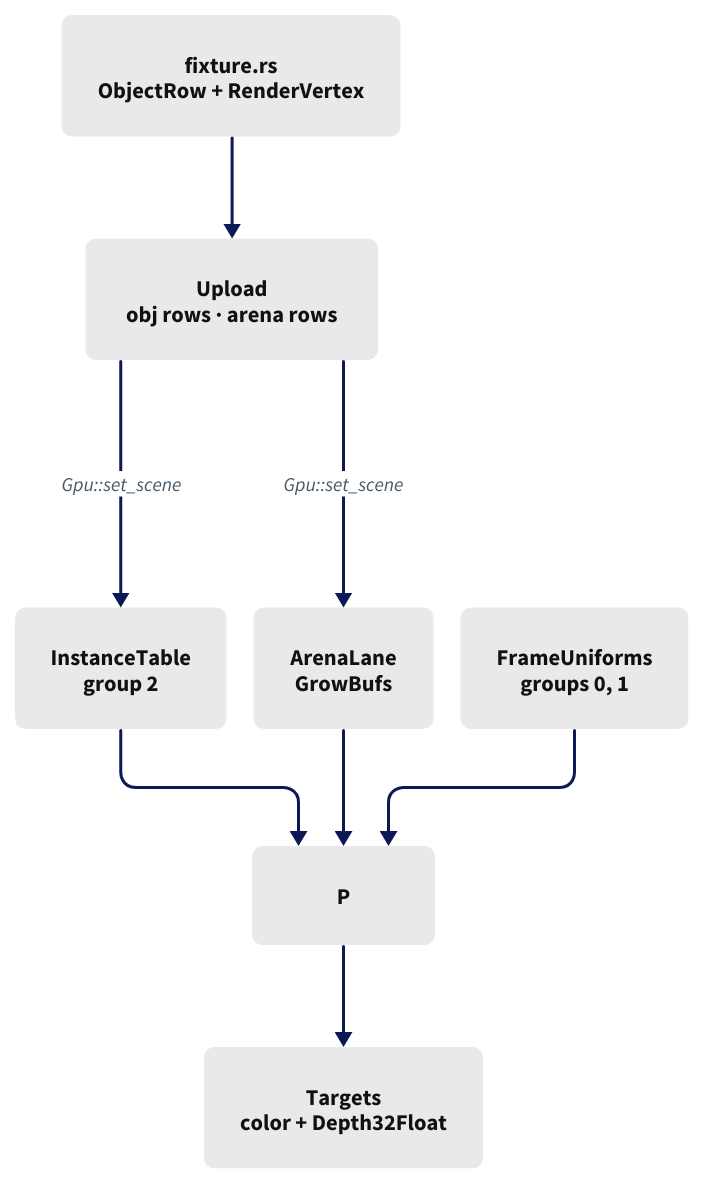
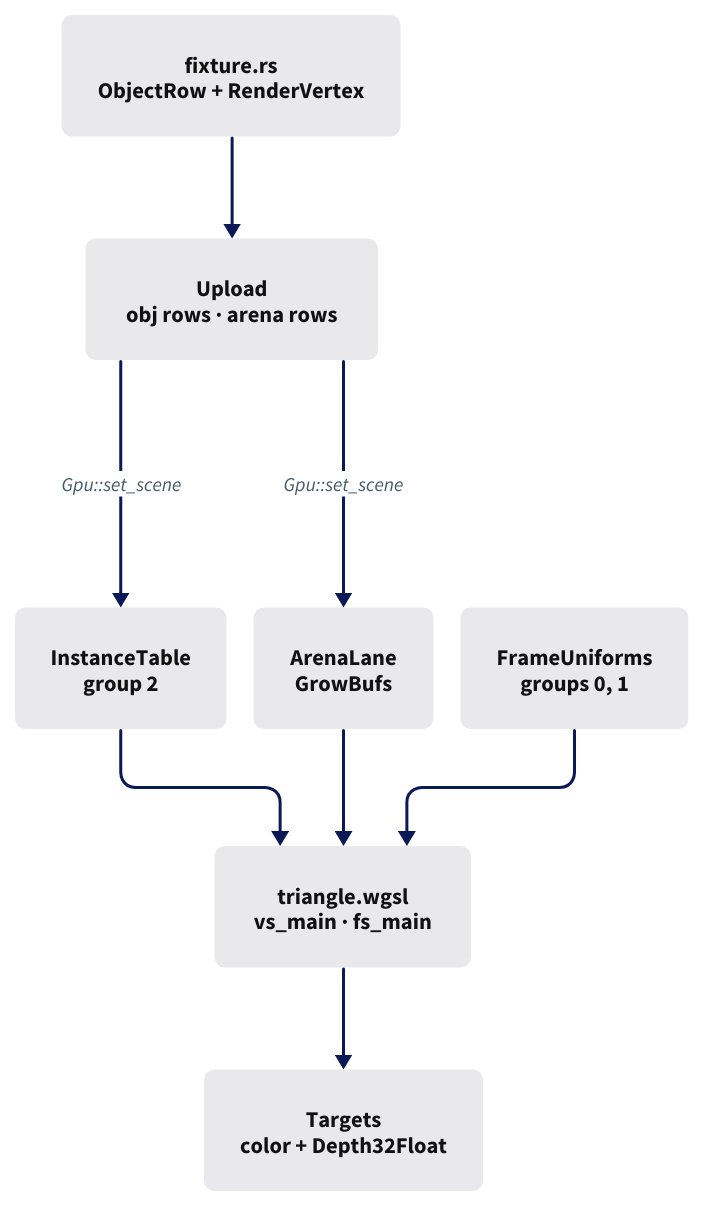
The diagram in session_viewer/docs/diagrams/04a-01.d2 (petrasvestartas/session), drawn with D2 before and after one commit. The commit also changed 55 other files, not shown here.

```diff
--- a/session_viewer/docs/diagrams/04a-01.d2
+++ b/session_viewer/docs/diagrams/04a-01.d2
@@ -1,23 +1,23 @@
 vars: { d2-config: { layout-engine: elk; pad: 20; theme-id: 0 } }
 style: { fill: "#ffffff" }
 classes: {
   box:   { style: { fill: "#e9e9ec"; stroke: "#e9e9ec"; border-radius: 6; font-size: 15; font-color: "#111111" } }
   focus: { style: { fill: "#fa9ebc"; stroke: "#fa9ebc"; border-radius: 6; font-size: 15; font-color: "#111111" } }
 }
 direction: down
 
 F: "fixture.rs\nObjectRow + RenderVertex" { class: box }
 U: "Upload\nobj rows · arena rows" { class: box }
 T: "InstanceTable\ngroup 2" { class: box }
 A: "ArenaLane\nGrowBufs" { class: box }
 FR: "FrameUniforms\ngroups 0, 1" { class: box }
-P: "P" { class: box }
+P: "triangle.wgsl\nvs_main · fs_main" { class: box }
 TG: "Targets\ncolor + Depth32Float" { class: box }
 
 F -> U { style: { stroke: "#0b1957"; stroke-width: 2; font-size: 13; font-color: "#455b6b" } }
 U -> T: "Gpu::set_scene" { style: { stroke: "#0b1957"; stroke-width: 2; font-size: 13; font-color: "#455b6b" } }
 U -> A: "Gpu::set_scene" { style: { stroke: "#0b1957"; stroke-width: 2; font-size: 13; font-color: "#455b6b" } }
 FR -> P { style: { stroke: "#0b1957"; stroke-width: 2; font-size: 13; font-color: "#455b6b" } }
 T -> P { style: { stroke: "#0b1957"; stroke-width: 2; font-size: 13; font-color: "#455b6b" } }
 A -> P { style: { stroke: "#0b1957"; stroke-width: 2; font-size: 13; font-color: "#455b6b" } }
 P -> TG { style: { stroke: "#0b1957"; stroke-width: 2; font-size: 13; font-color: "#455b6b" } }
```
